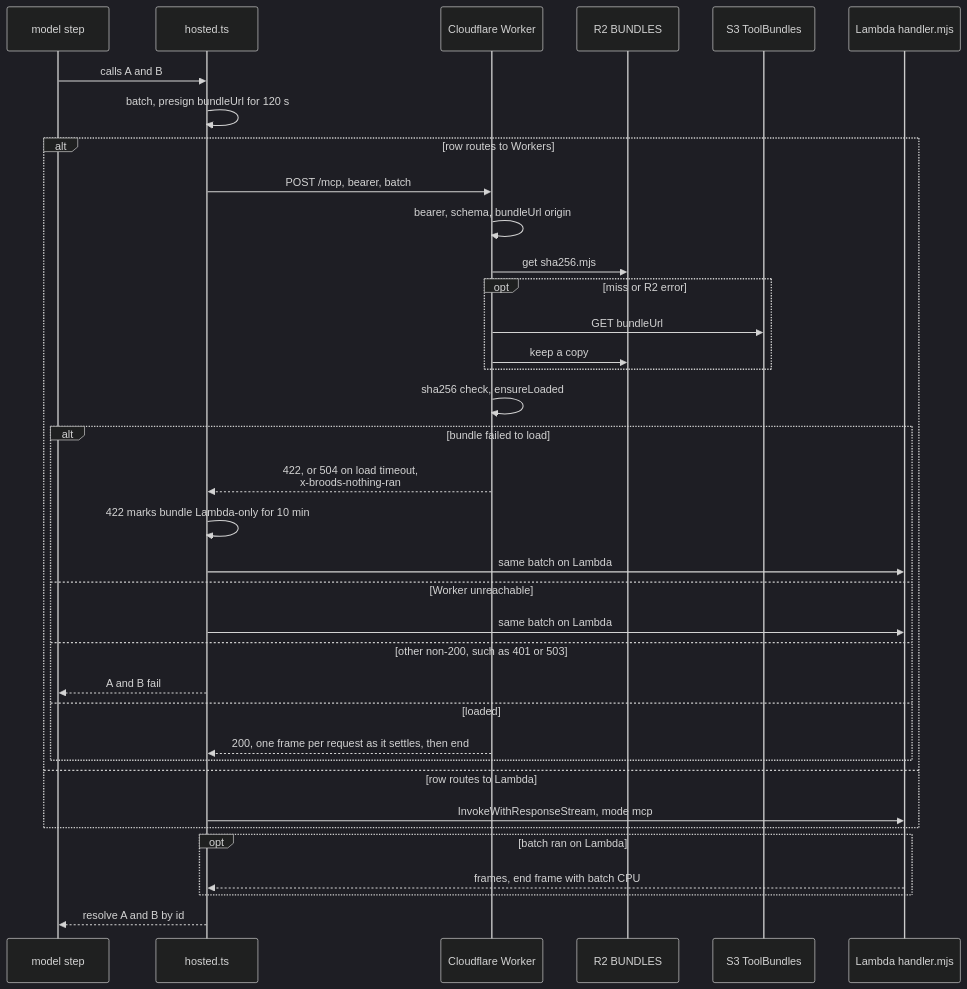
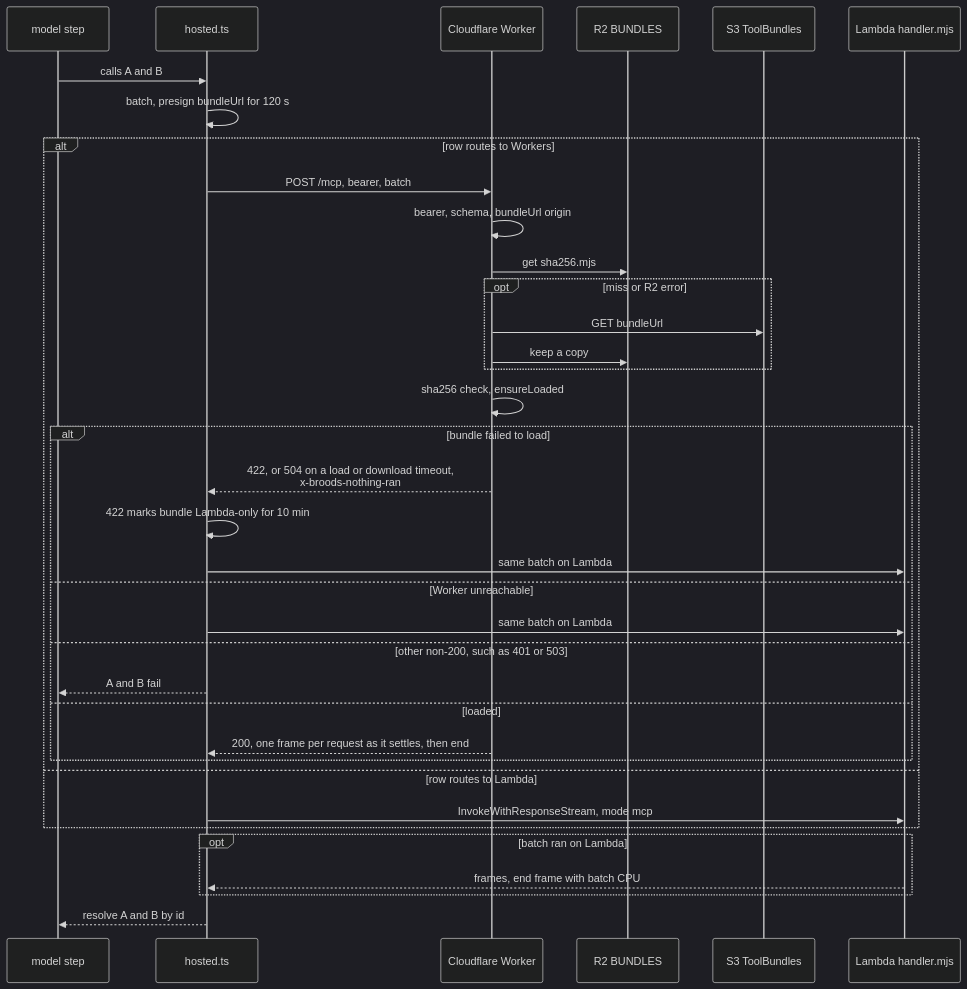
One commit to beeblastco/broods changed the seventh of 9 diagrams in apps/docs/docs/internals/tools-and-mcp.md. Above: the diagram before and after it, drawn with Mermaid (dark theme). The commit also changed 3 other files, not shown here.

````diff
--- a/apps/docs/docs/internals/tools-and-mcp.md
+++ b/apps/docs/docs/internals/tools-and-mcp.md
@@ -207,39 +207,39 @@
 ```mermaid
 sequenceDiagram
   participant M as model step
   participant H as hosted.ts
   participant W as Cloudflare Worker
   participant R2 as R2 BUNDLES
   participant S3 as S3 ToolBundles
   participant L as Lambda handler.mjs
 
   M->>H: calls A and B
   H->>H: batch, presign bundleUrl for 120 s
   alt row routes to Workers
     H->>W: POST /mcp, bearer, batch
     W->>W: bearer, schema, bundleUrl origin
     W->>R2: get sha256.mjs
     opt miss or R2 error
       W->>S3: GET bundleUrl
       W->>R2: keep a copy
     end
     W->>W: sha256 check, ensureLoaded
     alt bundle failed to load
-      W-->>H: 422, or 504 on load timeout,<br/>x-broods-nothing-ran
+      W-->>H: 422, or 504 on a load or download timeout,<br/>x-broods-nothing-ran
       H->>H: 422 marks bundle Lambda-only for 10 min
       H->>L: same batch on Lambda
     else Worker unreachable
       H->>L: same batch on Lambda
     else other non-200, such as 401 or 503
       H-->>M: A and B fail
     else loaded
       W-->>H: 200, one frame per request as it settles, then end
     end
   else row routes to Lambda
     H->>L: InvokeWithResponseStream, mode mcp
   end
   opt batch ran on Lambda
     L-->>H: frames, end frame with batch CPU
   end
   H-->>M: resolve A and B by id
 ```
````
